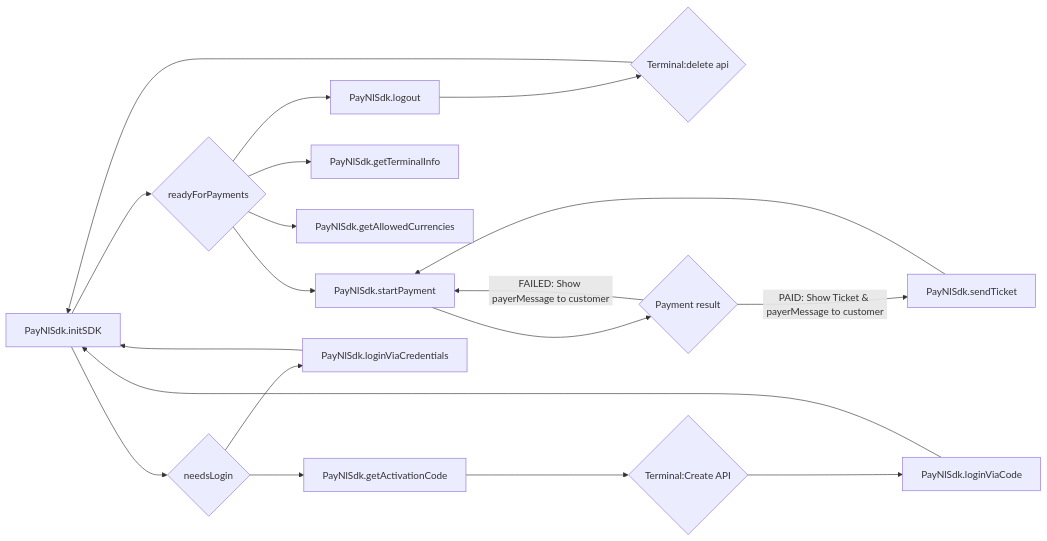
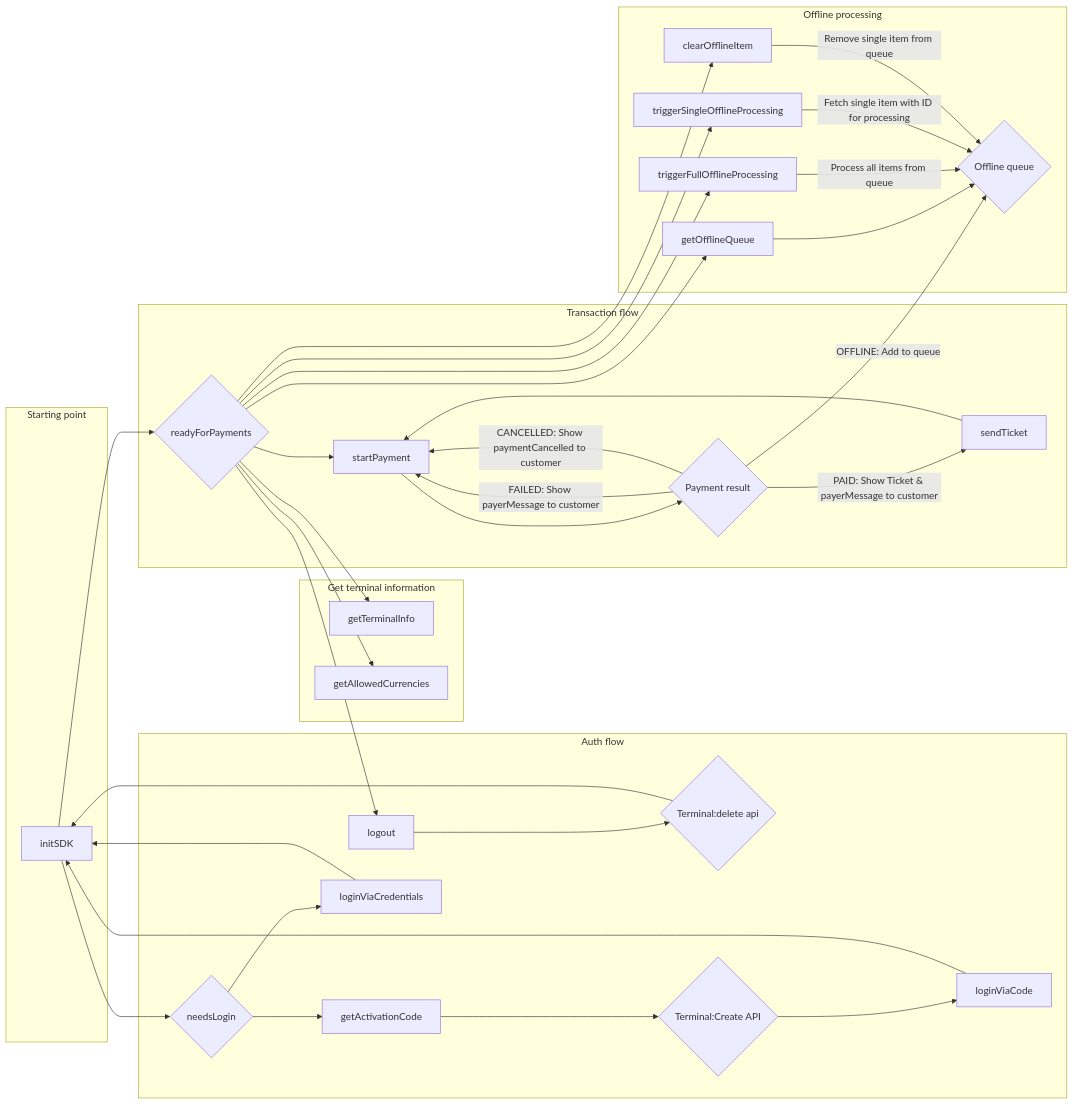
The diagram in docs/sdk-react-native.md (paynl/POS.SDK), drawn with Mermaid before and after one commit. The commit also changed other lines of this file and 1 other file, not shown here.

````diff
--- a/docs/sdk-react-native.md
+++ b/docs/sdk-react-native.md
@@ -160,21 +160,47 @@
 ```mermaid
 flowchart LR;
-  A[PayNlSdk.initSDK] --> B{readyForPayments}
+  subgraph Starting point
+  A[initSDK]
+  end
+
+  subgraph Transaction flow
+  A --> B{readyForPayments}
+  B --> F[startPayment]
+  F --> H{Payment result}
+  H --> |PAID: Show Ticket & payerMessage to customer| N
+  N[sendTicket] --> F
+  H --> |FAILED: Show payerMessage to customer| F
+  H --> |CANCELLED: Show paymentCancelled to customer| F
+  end
+
+  subgraph Get terminal information
+  B --> I[getTerminalInfo]
+  B --> J[getAllowedCurrencies]
+  end
+
+  subgraph Auth flow
   A --> M{needsLogin}
-  B --> K[PayNlSdk.logout]
+  B --> K[logout]
   K --> L{Terminal:delete api}
   L --> A
-  B --> F[PayNlSdk.startPayment]
-  F --> H{Payment result}
-  H --> |PAID: Show Ticket & payerMessage to customer| N
-  N[PayNlSdk.sendTicket] --> F
-  H --> |FAILED: Show payerMessage to customer| F
-  B --> I[PayNlSdk.getTerminalInfo]
-  B --> J[PayNlSdk.getAllowedCurrencies]
-  M --> C[PayNlSdk.getActivationCode]
+  M --> C[getActivationCode]
   C --> D{Terminal:Create API}
-  D --> E[PayNlSdk.loginViaCode]
+  D --> E[loginViaCode]
   E --> A
-  M --> G[PayNlSdk.loginViaCredentials]
+  M --> G[loginViaCredentials]
   G --> A
+
+  end
+
+  subgraph Offline processing
+  H -->|OFFLINE: Add to queue| O{Offline queue}
+  B --> P[getOfflineQueue]
+  P --> O
+  B --> Q[triggerFullOfflineProcessing]
+  Q -->|Process all items from queue| O
+  B --> R[triggerSingleOfflineProcessing]
+  R -->|Fetch single item with ID for processing| O
+  B --> S[clearOfflineItem]
+  S -->|Remove single item from queue| O
+  end
 ```
````
